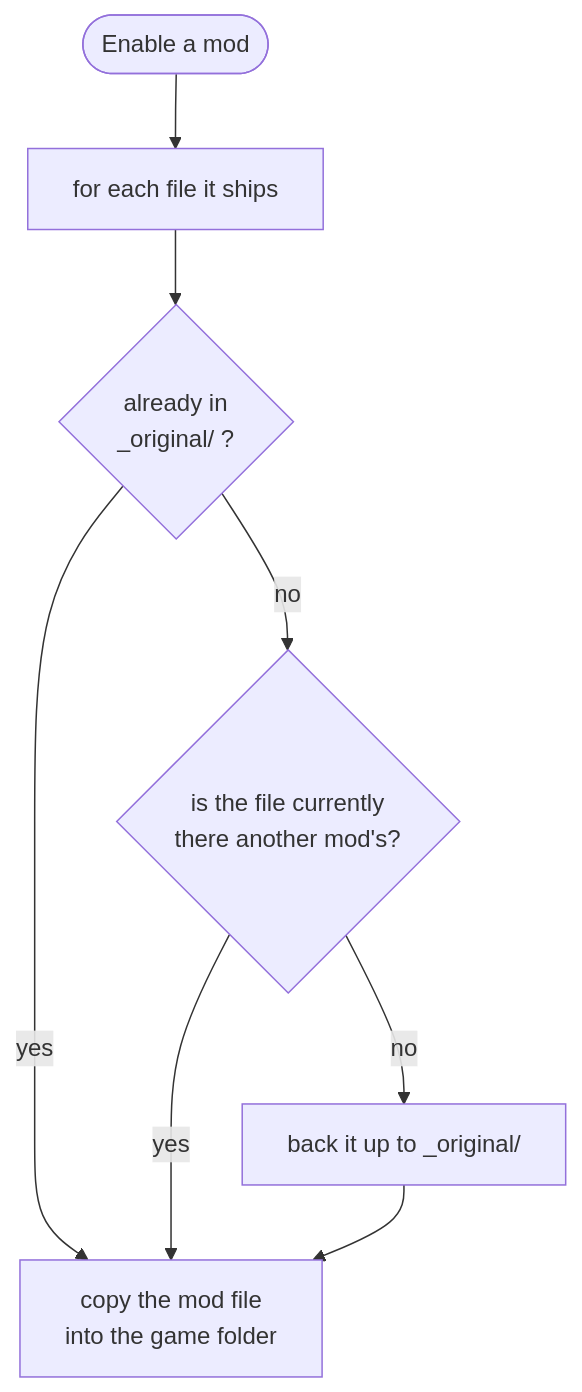
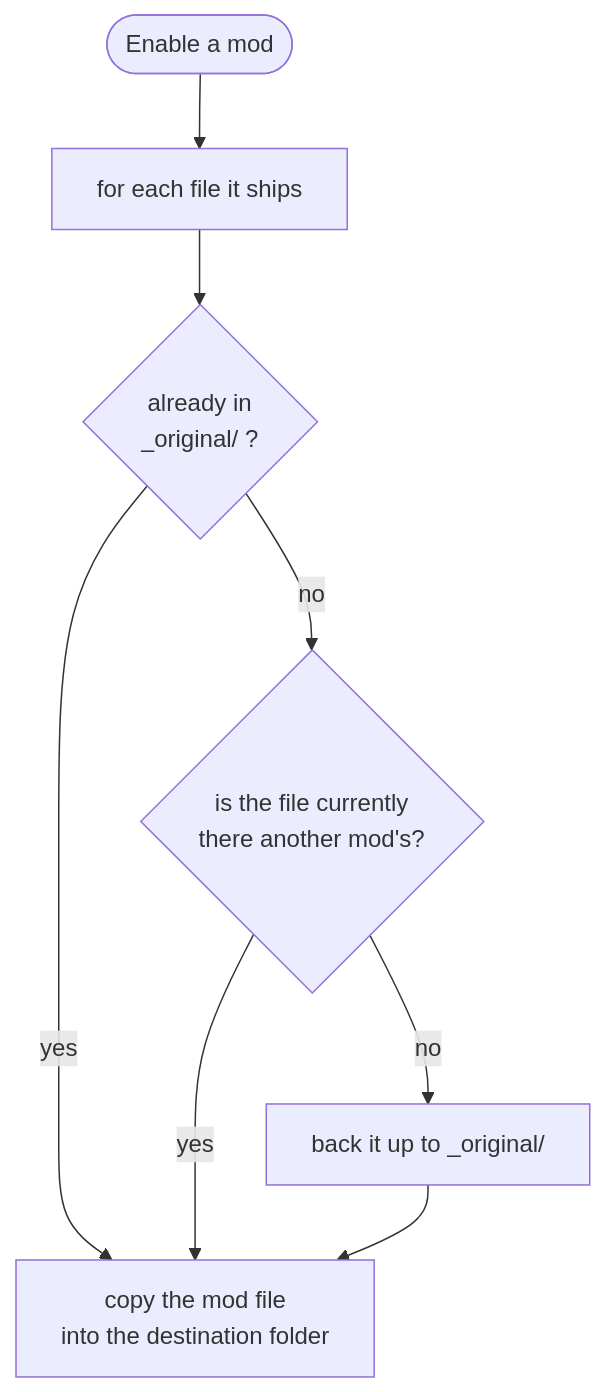
Before and after one commit to FreeProject089/BetterModsManager: the third of 4 diagrams in frontend/assets/docs/en/how-it-works/conflicts.md, drawn with Mermaid. The commit also changed other lines of this file and 37 other files, not shown here.

````diff
--- a/frontend/assets/docs/en/how-it-works/conflicts.md
+++ b/frontend/assets/docs/en/how-it-works/conflicts.md
@@ -85,9 +85,9 @@
 ```mermaid
 flowchart TB
     APPLY([Enable a mod]) --> EACH["for each file it ships"]
     EACH --> HAVE{"already in<br/>_original/ ?"}
     HAVE -- yes --> COPY
     HAVE -- no --> WHOSE{"is the file currently<br/>there another mod's?"}
-    WHOSE -- yes --> COPY["copy the mod file<br/>into the game folder"]
+    WHOSE -- yes --> COPY["copy the mod file<br/>into the destination folder"]
     WHOSE -- no --> BK["back it up to _original/"] --> COPY
 ```
````
